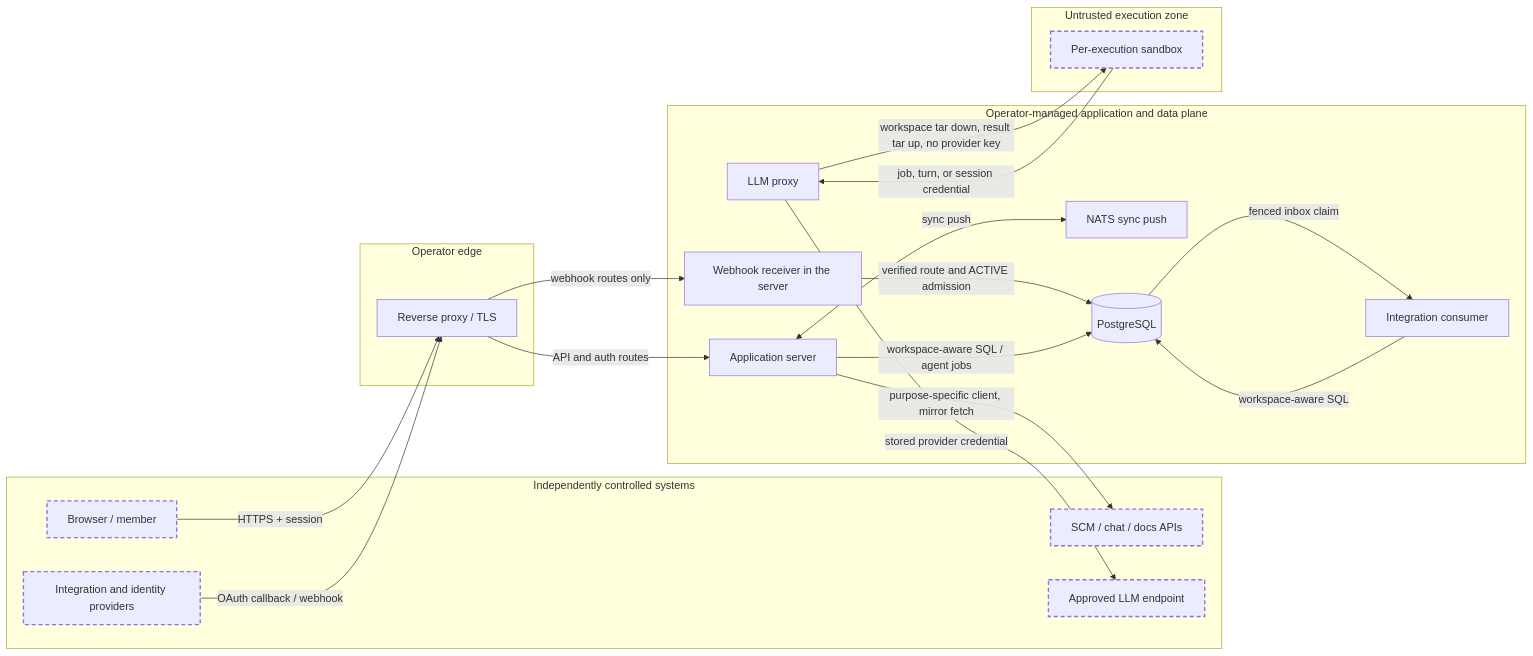
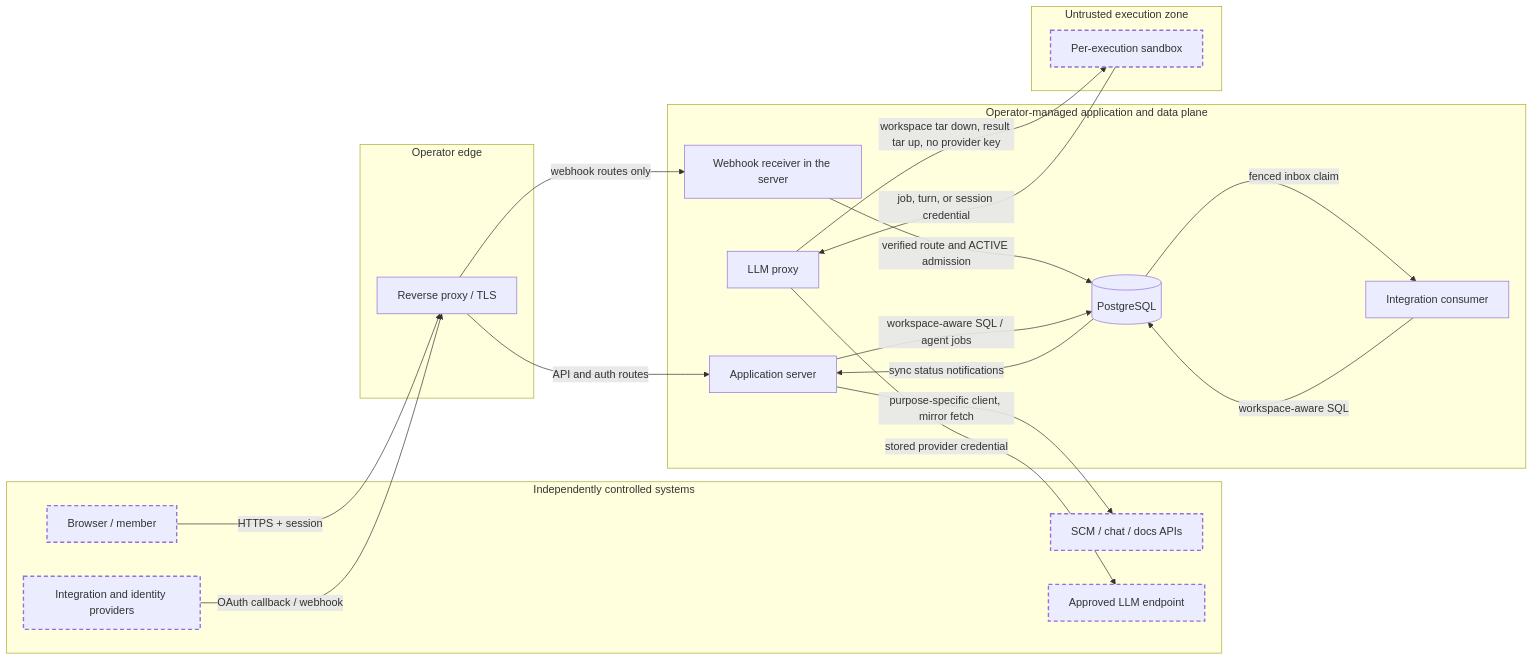
Before and after one commit to hephaestus-build/Hephaestus: the diagram in docs/admin/threat-model.mdx, drawn with Mermaid. The commit also changed other lines of this file and 251 other files, not shown here.

Commit message:
refactor(server): remove the sync broker

````diff
--- a/docs/admin/threat-model.mdx
+++ b/docs/admin/threat-model.mdx
@@ -39,46 +39,45 @@
 ```mermaid
 flowchart LR
 accTitle: Hephaestus security data flow
-accDescr: The diagram separates independently controlled systems, the operator edge, the Hephaestus application and data plane, and untrusted sandbox execution. Users and providers cross the edge into the application server, whose receiver verifies webhook events. Admitted events enter PostgreSQL, NATS carries sync push notifications, services access PostgreSQL, sandboxes exchange inputs, results and model requests with the server's sandbox gateway, and the server fetches repository mirrors from the SCM provider in-process.
+accDescr: The diagram separates independently controlled systems, the operator edge, the Hephaestus application and data plane, and untrusted sandbox execution. Users and providers cross the edge into the application server, whose receiver verifies webhook events. Admitted events enter PostgreSQL, PostgreSQL carries sync push notifications, services access PostgreSQL, sandboxes exchange inputs, results and model requests with the server's sandbox gateway, and the server fetches repository mirrors from the SCM provider in-process.
 
   subgraph INTERNET[Independently controlled systems]
     U[Browser / member]
     V[Integration and identity providers]
     X[SCM / chat / docs APIs]
     M[Approved LLM endpoint]
   end
 
   subgraph EDGE[Operator edge]
     P[Reverse proxy / TLS]
   end
 
   subgraph PLANE[Operator-managed application and data plane]
     A[Application server]
     W[Webhook receiver in the server]
     I[Integration consumer]
     L[LLM proxy]
-    N[NATS sync push]
     DB[(PostgreSQL)]
   end
 
   subgraph EXECUTION[Untrusted execution zone]
     S[Per-execution sandbox]
   end
 
   U -->|HTTPS + session| P
   V -->|OAuth callback / webhook| P
   P -->|API and auth routes| A
   P -->|webhook routes only| W
   W -->|verified route and ACTIVE admission| DB
   DB -->|fenced inbox claim| I
-  A <-->|sync push| N
+  DB -->|sync status notifications| A
   I -->|workspace-aware SQL| DB
   A -->|workspace-aware SQL / agent jobs| DB
   S -->|job, turn, or session credential| L
   L -->|workspace tar down, result tar up, no provider key| S
   L -->|stored provider credential| M
   A -->|purpose-specific client, mirror fetch| X
 
   classDef external stroke-width:2px,stroke-dasharray:6 4
   class U,V,X,M,S external
 ```
````
